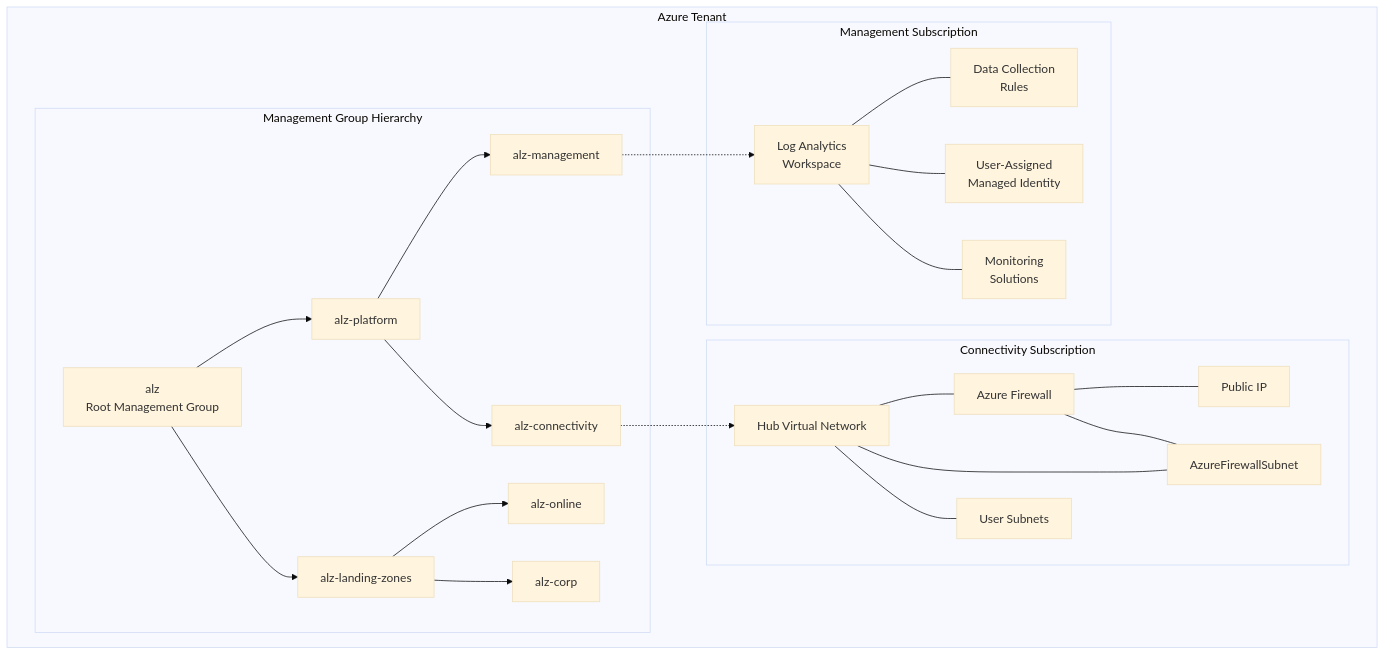
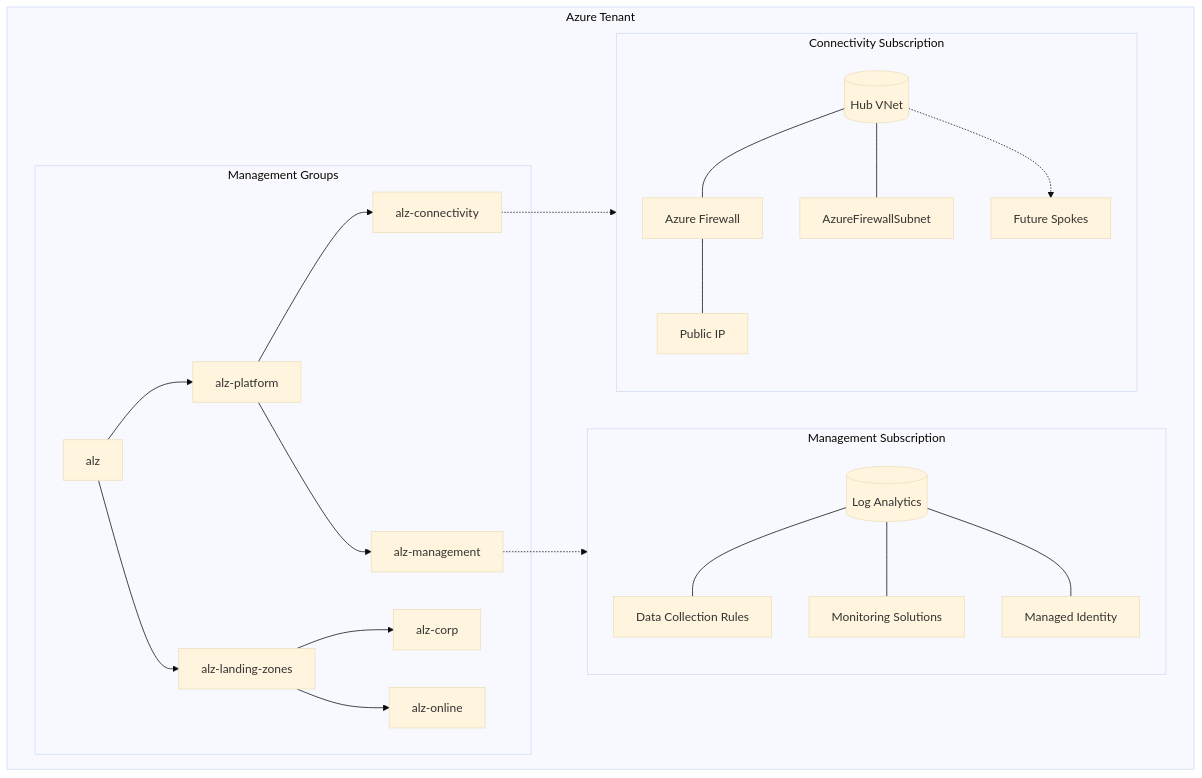
The diagram in solutions/lab2/README.md (huangyingting/terraform-advanced-workshop), drawn with Mermaid (base theme) before and after one commit. The commit also changed other lines of this file and 5 other files, not shown here.

````diff
--- a/solutions/lab2/README.md
+++ b/solutions/lab2/README.md
@@ -23,50 +21,48 @@
 ```mermaid
 graph TB
-    subgraph "Azure Tenant"
-        subgraph "Management Group Hierarchy"
-            ALZ[alz<br/>Root Management Group]
-            ALZP[alz-platform]
-            ALZLZ[alz-landing-zones]
-            ALZM[alz-management]
-            ALZC[alz-connectivity]
-            ALZO[alz-online]
-            ALZCORP[alz-corp]
+    subgraph Tenant["Azure Tenant"]
+        subgraph MGs["Management Groups"]
+            root[alz]
+            platform[alz-platform]
+            mgmt[alz-management]
+            conn[alz-connectivity]
+            lz[alz-landing-zones]
+            corp[alz-corp]
+            online[alz-online]
             
-            ALZ --> ALZP
-            ALZ --> ALZLZ
-            ALZP --> ALZM
-            ALZP --> ALZC
-            ALZLZ --> ALZO
-            ALZLZ --> ALZCORP
+            root --> platform
+            platform --> mgmt
+            platform --> conn
+            root --> lz
+            lz --> corp
+            lz --> online
         end
         
-        subgraph "Management Subscription"
-            LAW[Log Analytics<br/>Workspace]
-            DCR[Data Collection<br/>Rules]
-            UAMI[User-Assigned<br/>Managed Identity]
-            MS[Monitoring<br/>Solutions]
+        subgraph MgmtSub["Management Subscription"]
+            law[("Log Analytics")]
+            dcr["Data Collection Rules"]
+            mi["Managed Identity"]
+            sol["Monitoring Solutions"]
             
-            LAW --- DCR
-            LAW --- UAMI
-            LAW --- MS
+            law --- dcr
+            law --- sol
+            law --- mi
         end
         
-        subgraph "Connectivity Subscription"
-            HVN[Hub Virtual Network]
-            AF[Azure Firewall]
-            PIP[Public IP]
-            AFS[AzureFirewallSubnet]
-            US[User Subnets]
+        subgraph ConnSub["Connectivity Subscription"]
+            hubVnet[("Hub VNet")]
+            fw["Azure Firewall"]
+            pip["Public IP"]
+            fwSubnet["AzureFirewallSubnet"]
+            spokePlace["Future Spokes"]
             
-            HVN --- AF
-            AF --- PIP
-            HVN --- AFS
-            HVN --- US
-            AF --- AFS
+            hubVnet --- fw
+            fw --- pip
+            hubVnet --- fwSubnet
+            hubVnet -.-> spokePlace
         end
         
-        ALZM -.-> LAW
-        ALZC -.-> HVN
+        mgmt -.-> MgmtSub
+        conn -.-> ConnSub
     end
-
 ```
````
